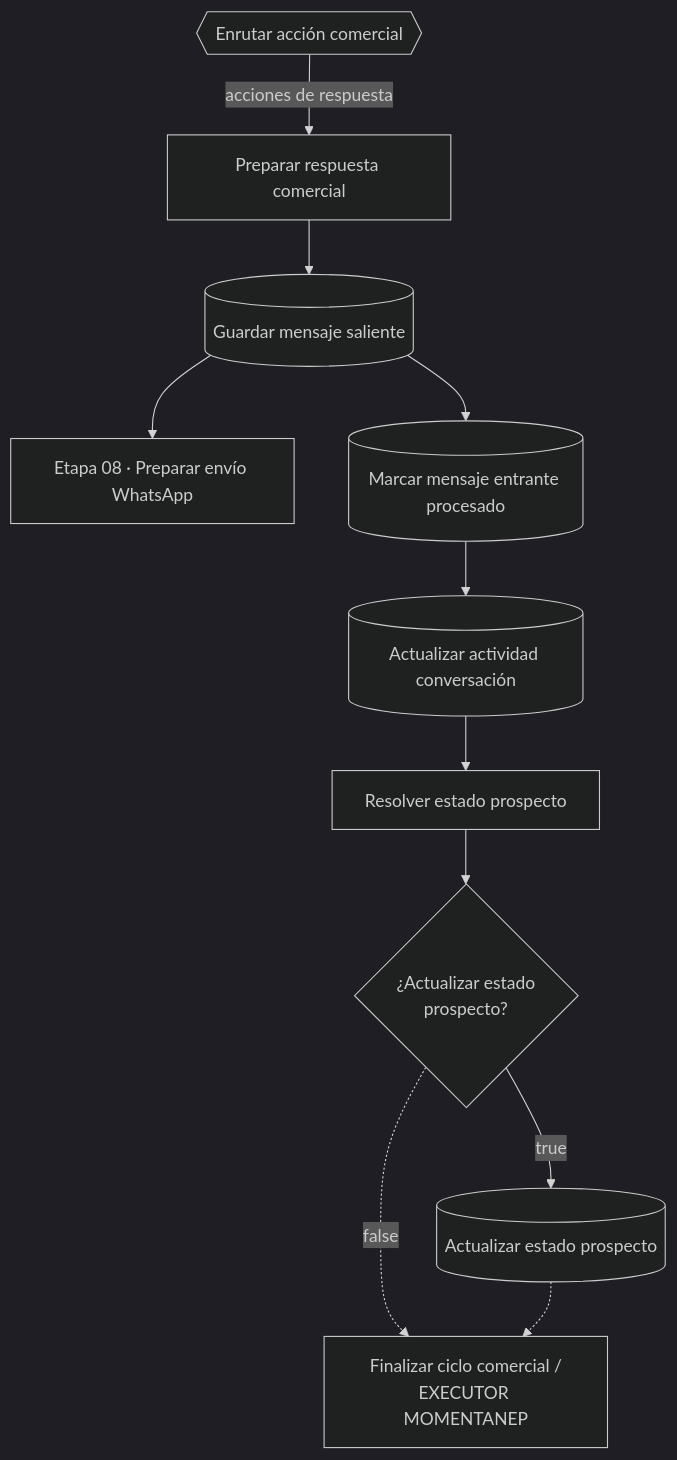
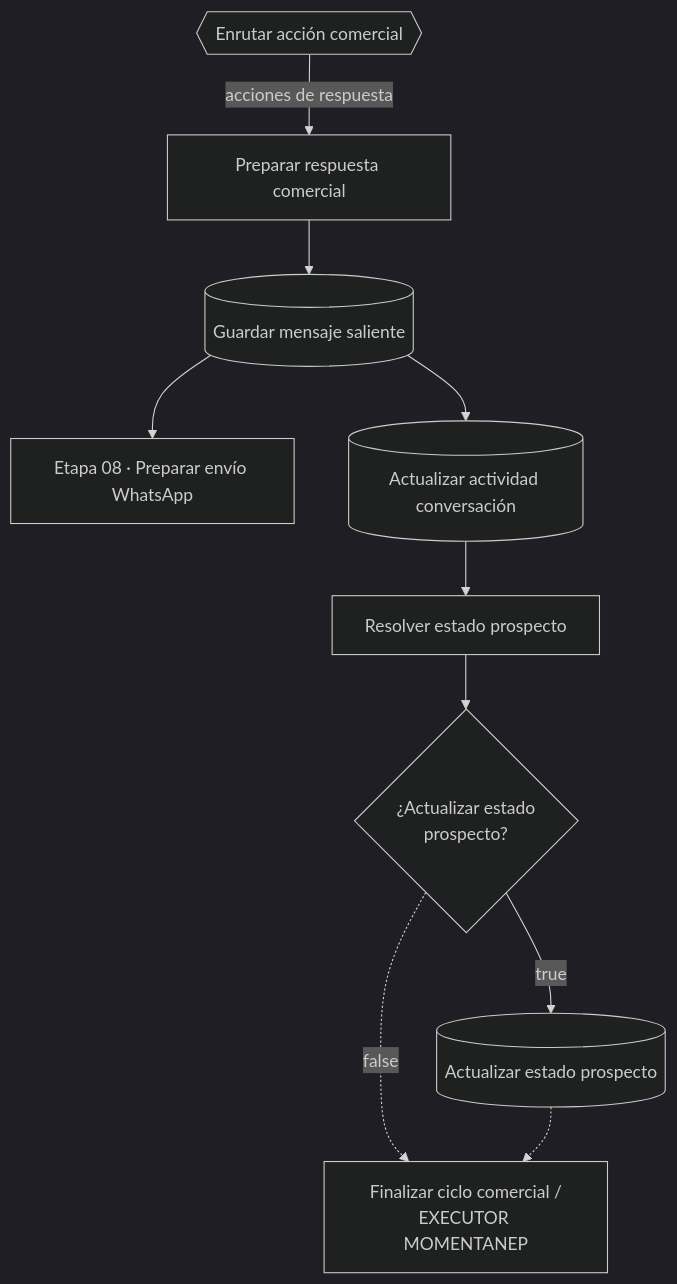
The diagram in docs/etapas/05-respuesta-comercial.md (Theborycuas/pegaso-n8n), drawn with Mermaid (dark theme) before and after one commit. The commit also changed other lines of this file and 45 other files, not shown here.

````diff
--- a/docs/etapas/05-respuesta-comercial.md
+++ b/docs/etapas/05-respuesta-comercial.md
@@ -5,13 +5,12 @@
 ```mermaid
 flowchart TD
     S{{Enrutar acción comercial}} -->|acciones de respuesta| PR[Preparar respuesta comercial]
     PR --> GS[(Guardar mensaje saliente)]
     GS --> W[Etapa 08 · Preparar envío WhatsApp]
-    GS --> MP[(Marcar mensaje entrante procesado)]
-    MP --> AA[(Actualizar actividad conversación)]
+    GS --> AA[(Actualizar actividad conversación)]
     AA --> RE[Resolver estado prospecto]
     RE --> IE{¿Actualizar estado<br/>prospecto?}
     IE -->|true| AE[(Actualizar estado prospecto)]
     IE -.->|false| F[Finalizar ciclo comercial /<br/>EXECUTOR MOMENTANEP]
     AE -.-> F
 ```
````
